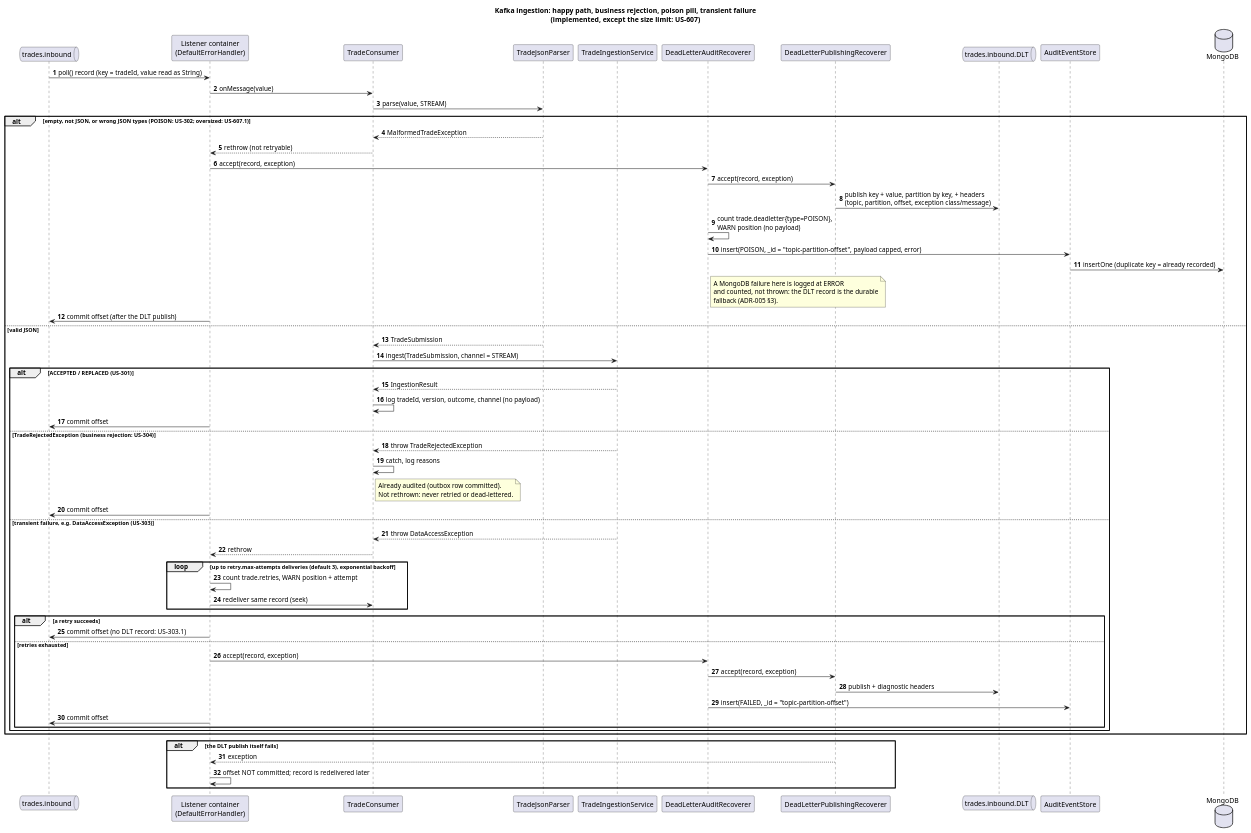
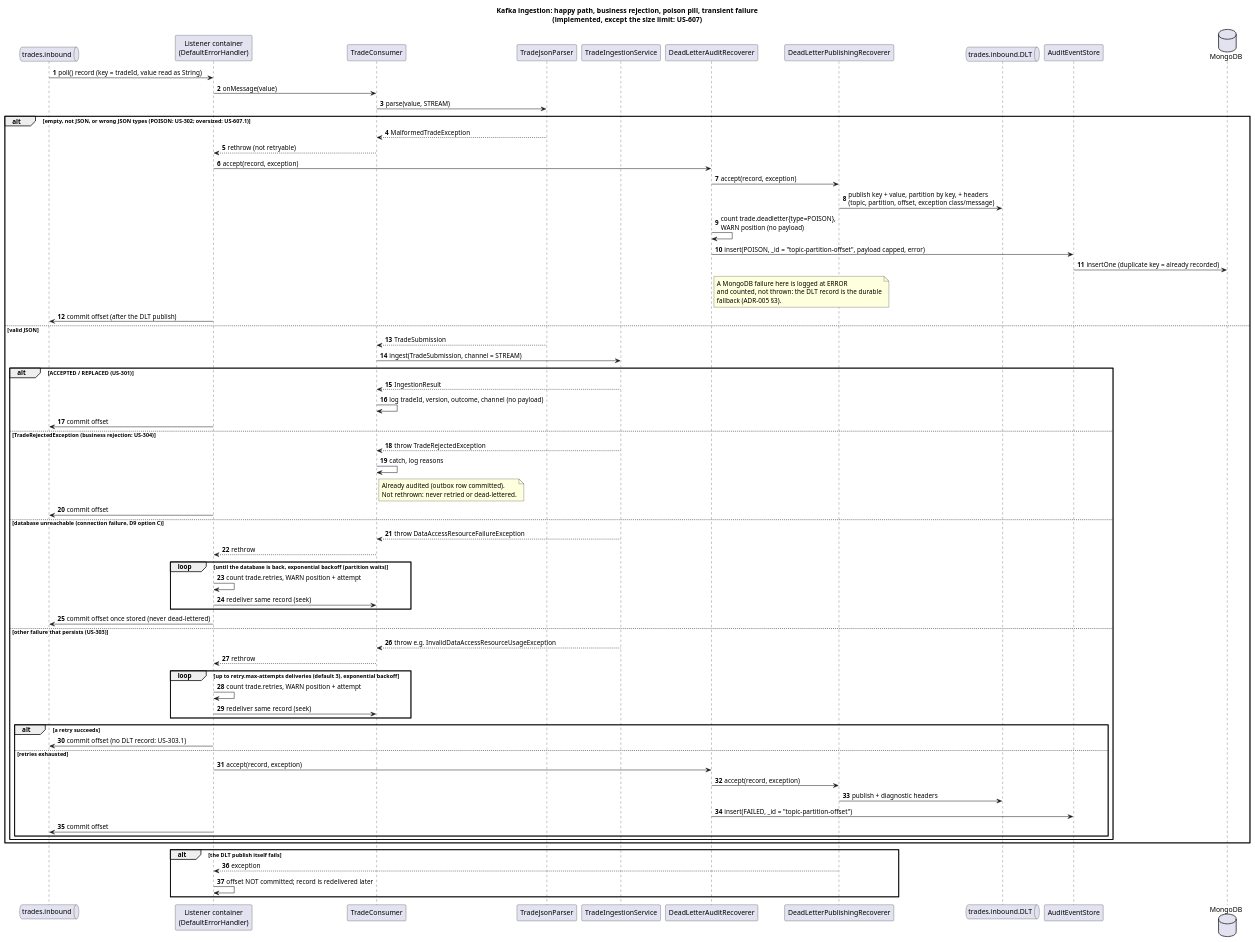
Before and after one commit to kuldipkumar/Trade-store: the diagram in docs/diagrams/05-seq-stream-ingestion.puml, drawn with PlantUML. The commit also changed 8 other files, not shown here.

First line of the commit message:
feat: US-303.1, US-303.2 connection failures retried until the database is back, never dead-lettered (green)

```diff
--- a/docs/diagrams/05-seq-stream-ingestion.puml
+++ b/docs/diagrams/05-seq-stream-ingestion.puml
@@ -1,78 +1,87 @@
 @startuml 05-seq-stream-ingestion
 title Kafka ingestion: happy path, business rejection, poison pill, transient failure\n(implemented, except the size limit: US-607)
 
 autonumber
 queue "trades.inbound" as Topic
 participant "Listener container\n(DefaultErrorHandler)" as Container
 participant TradeConsumer
 participant TradeJsonParser
 participant TradeIngestionService
 participant DeadLetterAuditRecoverer
 participant DeadLetterPublishingRecoverer
 queue "trades.inbound.DLT" as DLT
 participant AuditEventStore
 database MongoDB
 
 Topic -> Container : poll() record (key = tradeId, value read as String)
 Container -> TradeConsumer : onMessage(value)
 TradeConsumer -> TradeJsonParser : parse(value, STREAM)
 
 alt empty, not JSON, or wrong JSON types (POISON: US-302; oversized: US-607.1)
   TradeJsonParser --> TradeConsumer : MalformedTradeException
   TradeConsumer --> Container : rethrow (not retryable)
   Container -> DeadLetterAuditRecoverer : accept(record, exception)
   DeadLetterAuditRecoverer -> DeadLetterPublishingRecoverer : accept(record, exception)
   DeadLetterPublishingRecoverer -> DLT : publish key + value, partition by key, + headers\n(topic, partition, offset, exception class/message)
   DeadLetterAuditRecoverer -> DeadLetterAuditRecoverer : count trade.deadletter{type=POISON},\nWARN position (no payload)
   DeadLetterAuditRecoverer -> AuditEventStore : insert(POISON, _id = "topic-partition-offset", payload capped, error)
   AuditEventStore -> MongoDB : insertOne (duplicate key = already recorded)
   note right of DeadLetterAuditRecoverer
     A MongoDB failure here is logged at ERROR
     and counted, not thrown: the DLT record is the durable
     fallback (ADR-005 §3).
   end note
   Container -> Topic : commit offset (after the DLT publish)
 
 else valid JSON
   TradeJsonParser --> TradeConsumer : TradeSubmission
   TradeConsumer -> TradeIngestionService : ingest(TradeSubmission, channel = STREAM)
 
   alt ACCEPTED / REPLACED (US-301)
     TradeIngestionService --> TradeConsumer : IngestionResult
     TradeConsumer -> TradeConsumer : log tradeId, version, outcome, channel (no payload)
     Container -> Topic : commit offset
 
   else TradeRejectedException (business rejection: US-304)
     TradeIngestionService --> TradeConsumer : throw TradeRejectedException
     TradeConsumer -> TradeConsumer : catch, log reasons
     note right of TradeConsumer
       Already audited (outbox row committed).
       Not rethrown: never retried or dead-lettered.
     end note
     Container -> Topic : commit offset
 
-  else transient failure, e.g. DataAccessException (US-303)
-    TradeIngestionService --> TradeConsumer : throw DataAccessException
+  else database unreachable (connection failure, D9 option C)
+    TradeIngestionService --> TradeConsumer : throw DataAccessResourceFailureException
+    TradeConsumer --> Container : rethrow
+    loop until the database is back, exponential backoff (partition waits)
+      Container -> Container : count trade.retries, WARN position + attempt
+      Container -> TradeConsumer : redeliver same record (seek)
+    end
+    Container -> Topic : commit offset once stored (never dead-lettered)
+
+  else other failure that persists (US-303)
+    TradeIngestionService --> TradeConsumer : throw e.g. InvalidDataAccessResourceUsageException
     TradeConsumer --> Container : rethrow
     loop up to retry.max-attempts deliveries (default 3), exponential backoff
       Container -> Container : count trade.retries, WARN position + attempt
       Container -> TradeConsumer : redeliver same record (seek)
     end
     alt a retry succeeds
       Container -> Topic : commit offset (no DLT record: US-303.1)
     else retries exhausted
       Container -> DeadLetterAuditRecoverer : accept(record, exception)
       DeadLetterAuditRecoverer -> DeadLetterPublishingRecoverer : accept(record, exception)
       DeadLetterPublishingRecoverer -> DLT : publish + diagnostic headers
       DeadLetterAuditRecoverer -> AuditEventStore : insert(FAILED, _id = "topic-partition-offset")
       Container -> Topic : commit offset
     end
   end
 end
 
 alt the DLT publish itself fails
   DeadLetterPublishingRecoverer --> Container : exception
   Container -> Container : offset NOT committed; record is redelivered later
 end
 
 @enduml
```
